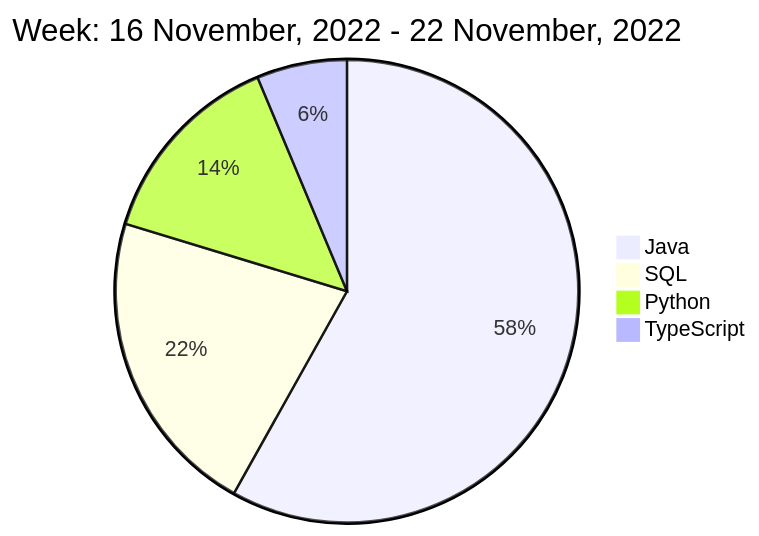
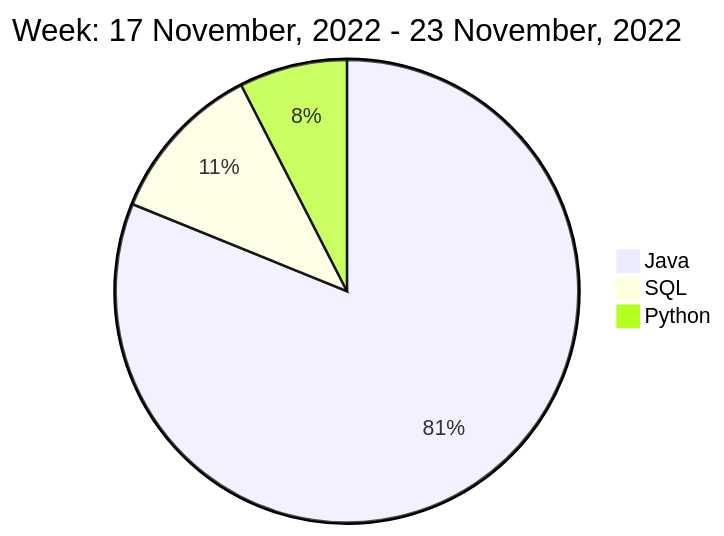
Before and after one commit to liubin95/liubin95: the diagram in README.md, drawn with Mermaid.

Commit message:
Updated the Graph with new Metrics

````diff
--- a/README.md
+++ b/README.md
@@ -40,8 +40,7 @@
 ```mermaid
  pie
-title Week: 16 November, 2022 - 22 November, 2022
- "Java" : 6.73
- "SQL" : 2.5
- "Python" : 1.62
- "TypeScript" : 0.73
+title Week: 17 November, 2022 - 23 November, 2022
+ "Java" : 11.83
+ "SQL" : 1.65
+ "Python" : 1.1
 ```
````
